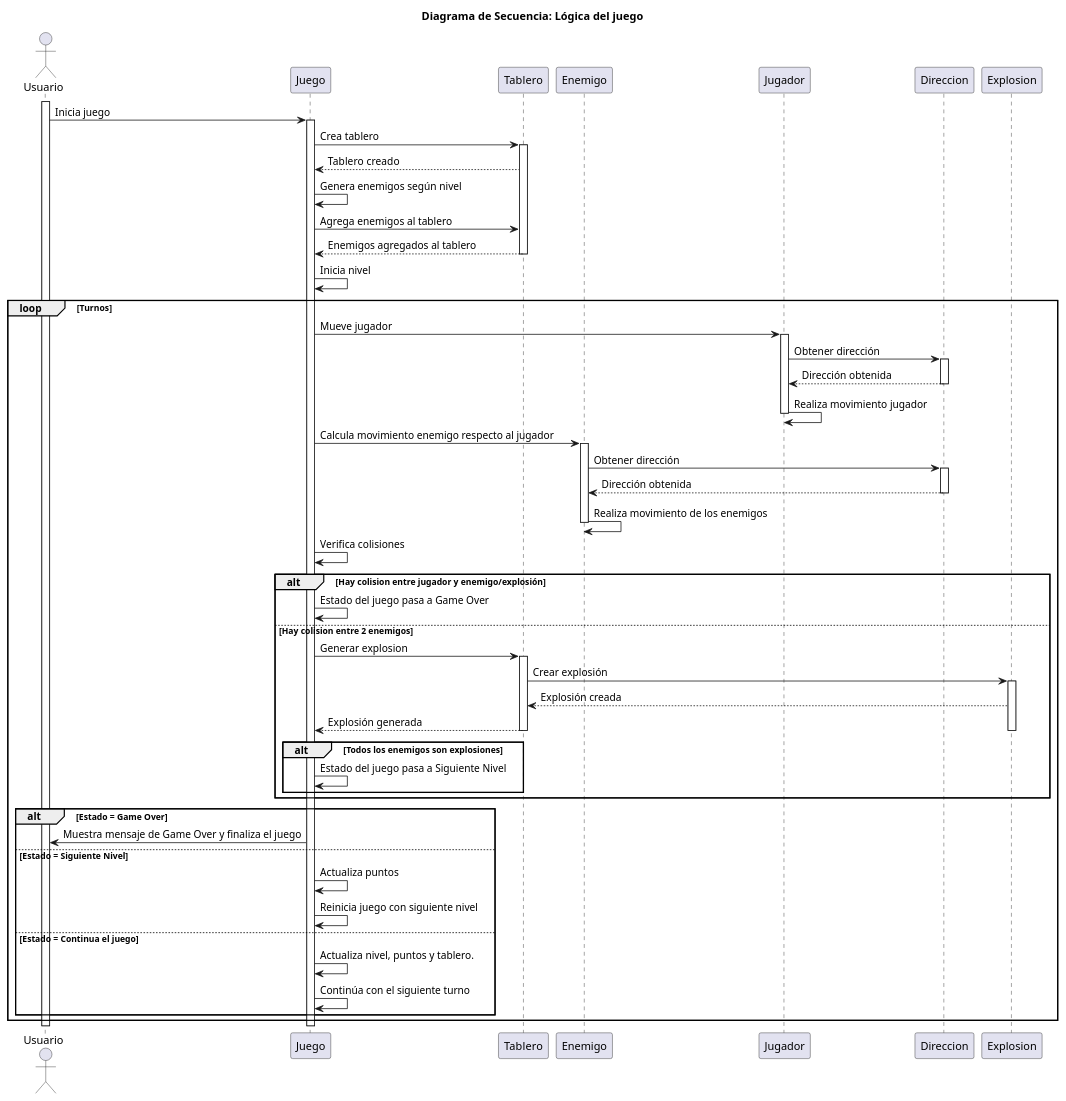
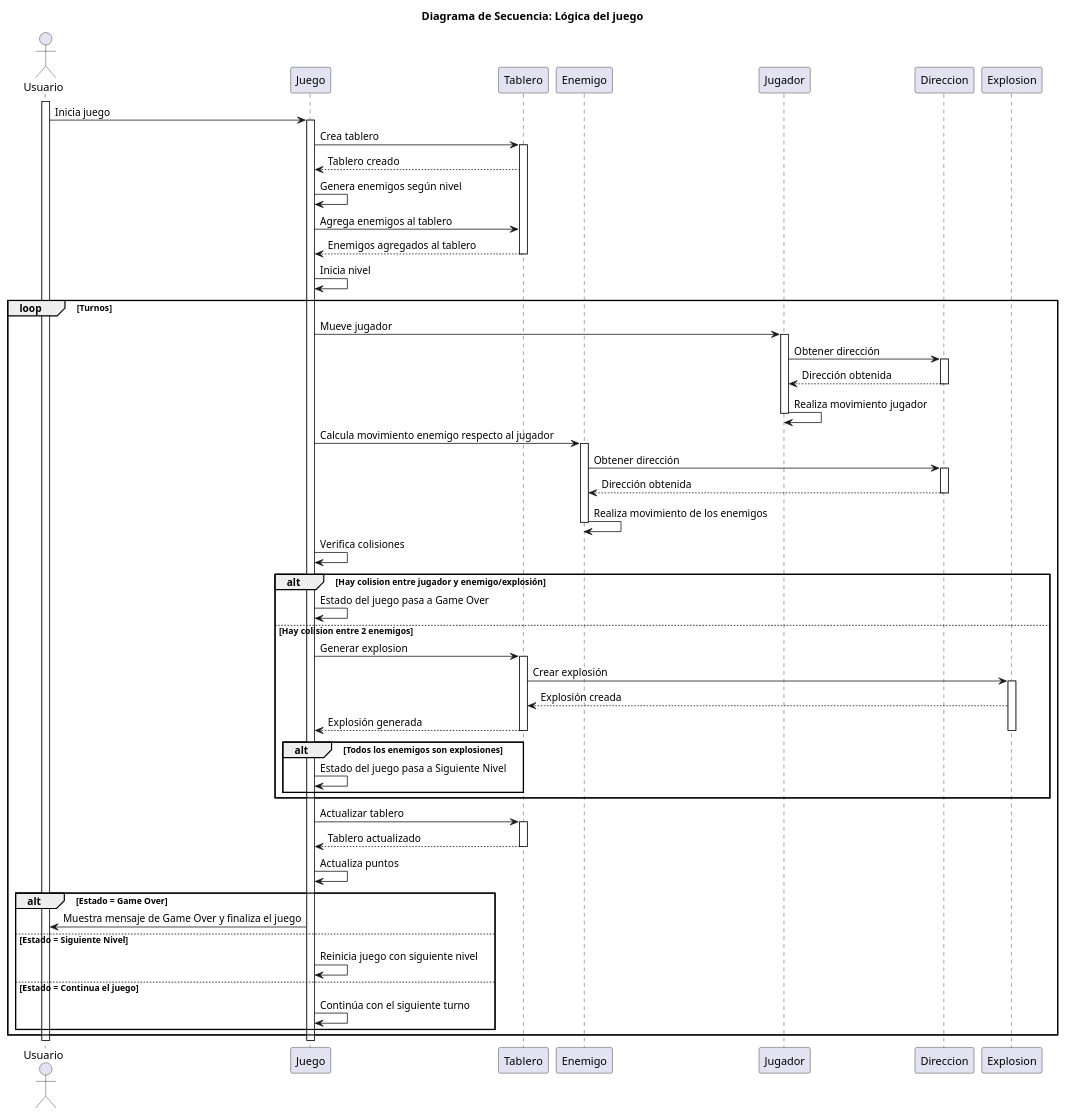
Before and after one commit to FelipeAscencio/TP1_ParadigmasDeLaProgramacion: the diagram in doc/diagrama de secuencia lógica.puml, drawn with PlantUML. The commit also changed 1 other file, not shown here.

Commit message:
Microcorreciones de diagrama de secuencia lógica

```diff
--- a/doc/diagrama de secuencia lógica.puml
+++ b/doc/diagrama de secuencia lógica.puml
@@ -1,75 +1,79 @@
 @startuml
 
 title Diagrama de Secuencia: Lógica del juego
 
 actor Usuario
 participant "Juego" as Juego
 participant "Tablero" as Tablero
 participant "Enemigo" as Enemigo
 participant "Jugador" as Jugador
 participant "Direccion" as Direccion
 participant "Explosion" as Explosion
 
 activate Usuario
 Usuario -> Juego: Inicia juego
 
 activate Juego
 Juego -> Tablero: Crea tablero
 activate Tablero
 Tablero --> Juego: Tablero creado
 Juego -> Juego: Genera enemigos según nivel
 Juego -> Tablero: Agrega enemigos al tablero
 Tablero --> Juego: Enemigos agregados al tablero
 deactivate Tablero
 
 Juego -> Juego: Inicia nivel
 
 loop Turnos
     Juego -> Jugador: Mueve jugador
     activate Jugador
     Jugador -> Direccion: Obtener dirección
     activate Direccion
     Direccion --> Jugador: Dirección obtenida
     deactivate Direccion
     Jugador -> Jugador: Realiza movimiento jugador
     deactivate Jugador
     Juego -> Enemigo: Calcula movimiento enemigo respecto al jugador
     activate Enemigo
     Enemigo -> Direccion: Obtener dirección
     activate Direccion
     Direccion --> Enemigo: Dirección obtenida
     deactivate Direccion
     Enemigo -> Enemigo: Realiza movimiento de los enemigos
     deactivate Enemigo
     Juego -> Juego: Verifica colisiones
     alt Hay colision entre jugador y enemigo/explosión
             Juego -> Juego: Estado del juego pasa a Game Over
         else Hay colision entre 2 enemigos
             Juego -> Tablero: Generar explosion
             activate Tablero
             Tablero -> Explosion: Crear explosión
             activate Explosion
             Explosion --> Tablero: Explosión creada
             Tablero --> Juego: Explosión generada
             deactivate Tablero
             deactivate Explosion
             alt Todos los enemigos son explosiones
                 Juego -> Juego: Estado del juego pasa a Siguiente Nivel
                 end
         end
+
+    Juego -> Tablero: Actualizar tablero
+    activate Tablero
+    Tablero --> Juego: Tablero actualizado
+    deactivate Tablero
+    Juego -> Juego: Actualiza puntos
     
     alt Estado = Game Over
             Juego -> Usuario: Muestra mensaje de Game Over y finaliza el juego
         else Estado = Siguiente Nivel
-            Juego -> Juego: Actualiza puntos
             Juego -> Juego: Reinicia juego con siguiente nivel
         else Estado = Continua el juego
-            Juego -> Juego: Actualiza nivel, puntos y tablero.
             Juego -> Juego: Continúa con el siguiente turno
         end
 end
 
 deactivate Juego
 deactivate Usuario
 
 @enduml
```
